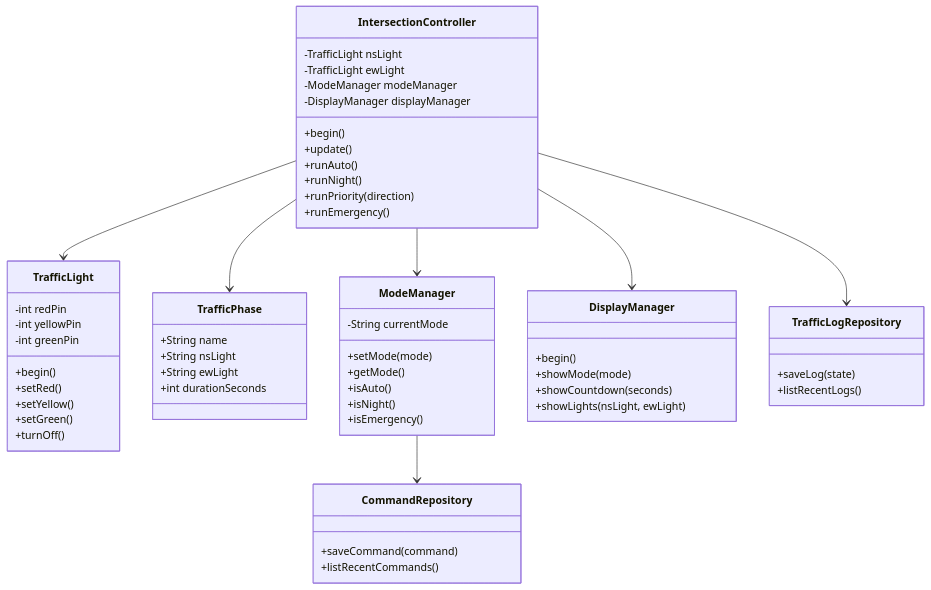
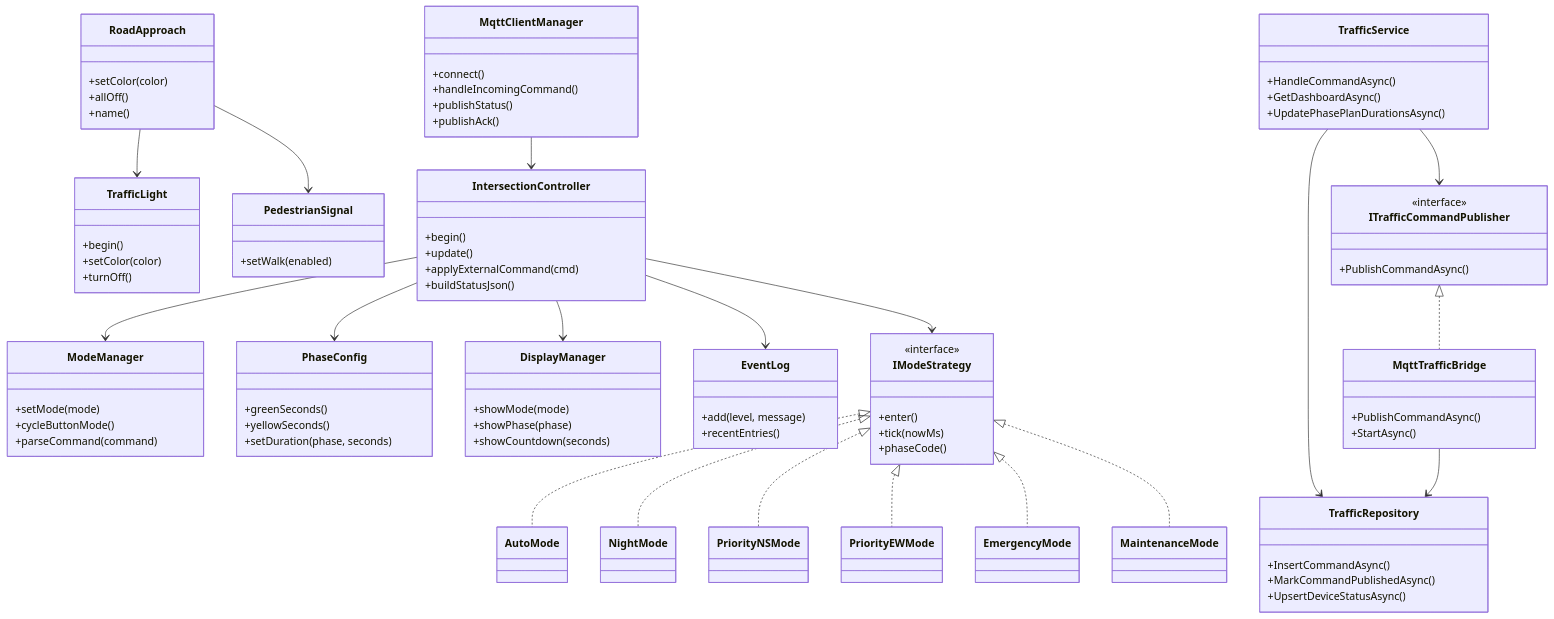
One commit to xuanhai0913/iot-traffic-light-wokwi changed the diagram in assets/diagrams/class_diagram.mmd. Above: the diagram before and after it, drawn with Mermaid. The commit also changed 51 other files, not shown here.

Commit message:
docs: sync diagrams and add flutter ios target

```diff
--- a/assets/diagrams/class_diagram.mmd
+++ b/assets/diagrams/class_diagram.mmd
@@ -1,64 +1,108 @@
 classDiagram
     class TrafficLight {
-        -int redPin
-        -int yellowPin
-        -int greenPin
         +begin()
-        +setRed()
-        +setYellow()
-        +setGreen()
+        +setColor(color)
         +turnOff()
     }
 
-    class TrafficPhase {
-        +String name
-        +String nsLight
-        +String ewLight
-        +int durationSeconds
+    class RoadApproach {
+        +setColor(color)
+        +allOff()
+        +name()
+    }
+
+    class PedestrianSignal {
+        +setWalk(enabled)
     }
 
     class ModeManager {
-        -String currentMode
         +setMode(mode)
-        +getMode()
-        +isAuto()
-        +isNight()
-        +isEmergency()
+        +cycleButtonMode()
+        +parseCommand(command)
+    }
+
+    class PhaseConfig {
+        +greenSeconds()
+        +yellowSeconds()
+        +setDuration(phase, seconds)
     }
 
     class DisplayManager {
-        +begin()
         +showMode(mode)
+        +showPhase(phase)
         +showCountdown(seconds)
-        +showLights(nsLight, ewLight)
     }
 
+    class EventLog {
+        +add(level, message)
+        +recentEntries()
+    }
+
+    class IModeStrategy {
+        <<interface>>
+        +enter()
+        +tick(nowMs)
+        +phaseCode()
+    }
+
+    class AutoMode
+    class NightMode
+    class PriorityNSMode
+    class PriorityEWMode
+    class EmergencyMode
+    class MaintenanceMode
+
     class IntersectionController {
-        -TrafficLight nsLight
-        -TrafficLight ewLight
-        -ModeManager modeManager
-        -DisplayManager displayManager
         +begin()
         +update()
-        +runAuto()
-        +runNight()
-        +runPriority(direction)
-        +runEmergency()
+        +applyExternalCommand(cmd)
+        +buildStatusJson()
     }
 
-    class CommandRepository {
-        +saveCommand(command)
-        +listRecentCommands()
+    class MqttClientManager {
+        +connect()
+        +handleIncomingCommand()
+        +publishStatus()
+        +publishAck()
     }
 
-    class TrafficLogRepository {
-        +saveLog(state)
-        +listRecentLogs()
+    class TrafficRepository {
+        +InsertCommandAsync()
+        +MarkCommandPublishedAsync()
+        +UpsertDeviceStatusAsync()
     }
 
-    IntersectionController --> TrafficLight
-    IntersectionController --> TrafficPhase
+    class TrafficService {
+        +HandleCommandAsync()
+        +GetDashboardAsync()
+        +UpdatePhasePlanDurationsAsync()
+    }
+
+    class ITrafficCommandPublisher {
+        <<interface>>
+        +PublishCommandAsync()
+    }
+
+    class MqttTrafficBridge {
+        +PublishCommandAsync()
+        +StartAsync()
+    }
+
+    RoadApproach --> TrafficLight
+    RoadApproach --> PedestrianSignal
     IntersectionController --> ModeManager
+    IntersectionController --> PhaseConfig
     IntersectionController --> DisplayManager
-    ModeManager --> CommandRepository
-    IntersectionController --> TrafficLogRepository
+    IntersectionController --> EventLog
+    IntersectionController --> IModeStrategy
+    IModeStrategy <|.. AutoMode
+    IModeStrategy <|.. NightMode
+    IModeStrategy <|.. PriorityNSMode
+    IModeStrategy <|.. PriorityEWMode
+    IModeStrategy <|.. EmergencyMode
+    IModeStrategy <|.. MaintenanceMode
+    MqttClientManager --> IntersectionController
+    TrafficService --> TrafficRepository
+    TrafficService --> ITrafficCommandPublisher
+    ITrafficCommandPublisher <|.. MqttTrafficBridge
+    MqttTrafficBridge --> TrafficRepository
```
